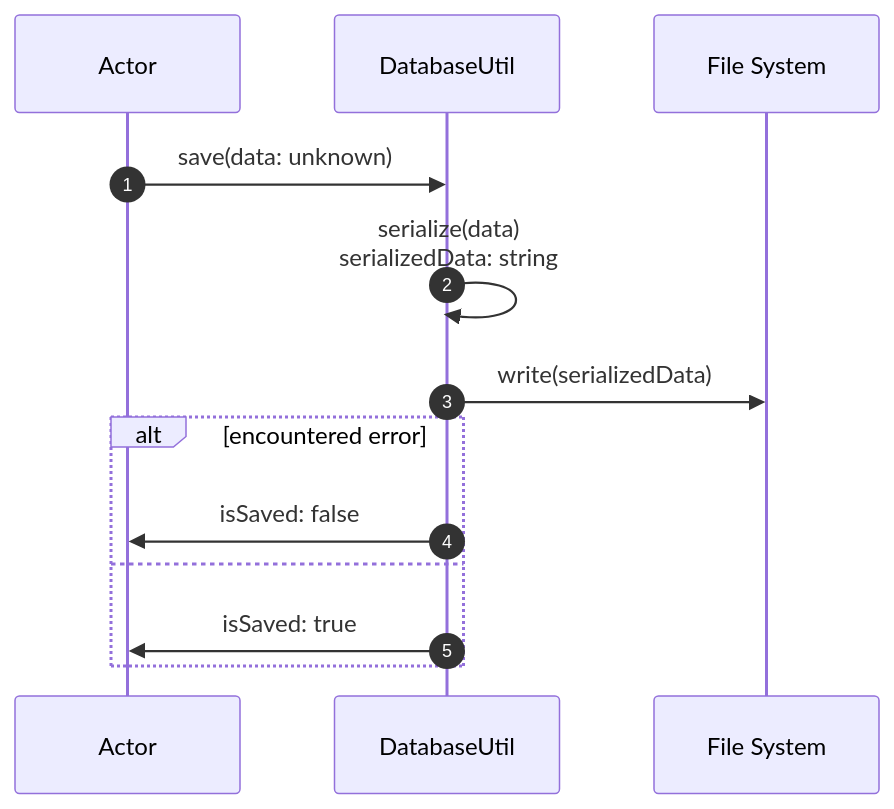
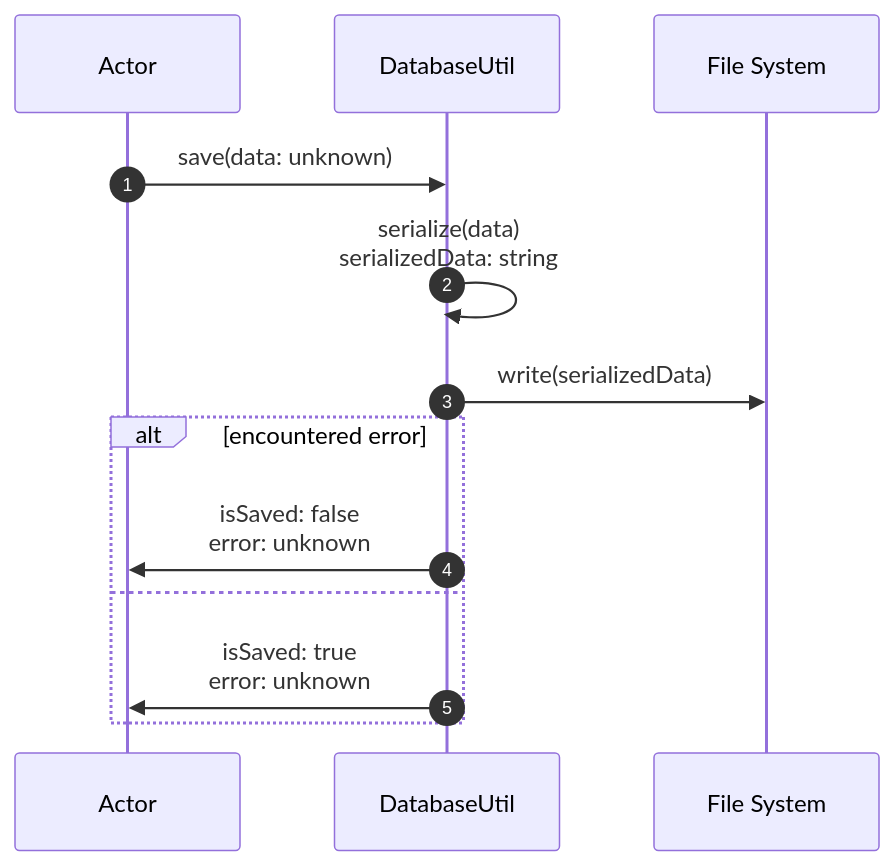
One commit to normal-devs/klicker-knight changed the fourth of 4 diagrams in docs/architecture/databaseUtil.md. Above: the diagram before and after it, drawn with Mermaid. The commit also changed other lines of this file and 1 other file, not shown here.

Commit message:
Document error handling in databaseUtil

````diff
--- a/docs/architecture/databaseUtil.md
+++ b/docs/architecture/databaseUtil.md
@@ -66,17 +71,17 @@
 ```mermaid
 sequenceDiagram
   autonumber
   participant A as Actor
   participant D as DatabaseUtil
   participant F as File System
 
   A ->> D: save(data: unknown)
   D ->> D: serialize(data) <br> serializedData: string
   D ->> F: write(serializedData)
 
   alt encountered error
-    D ->> A: isSaved: false
+    D ->> A: isSaved: false <br> error: unknown
   else
-    D ->> A: isSaved: true
+    D ->> A: isSaved: true <br> error: unknown
   end
 ```
````
